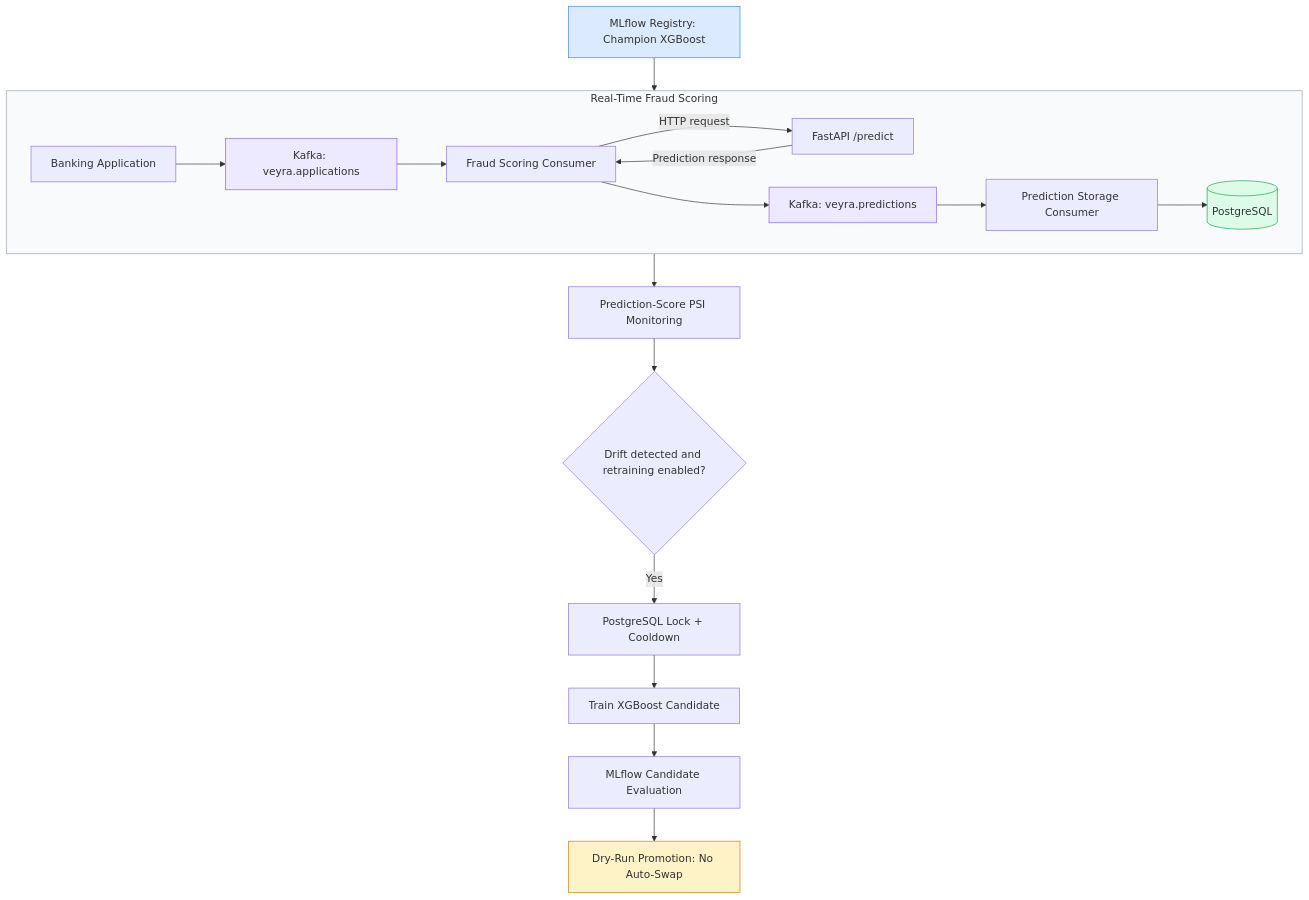
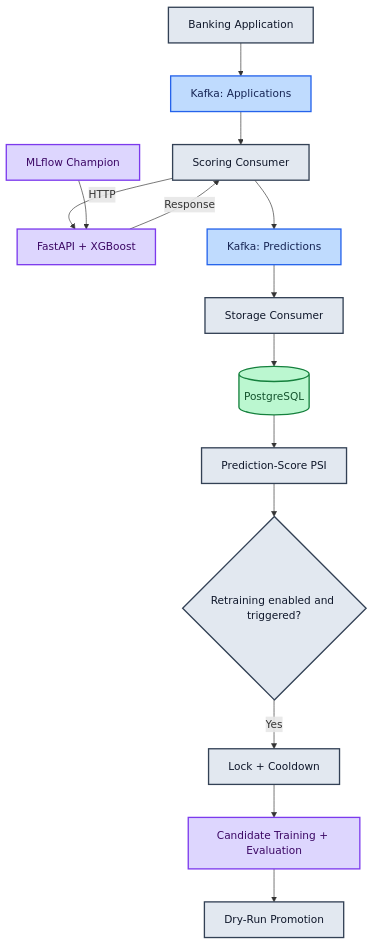
Before and after one commit to ananyagullapally/veyra: the diagram in README.md, drawn with Mermaid.

Commit message:
docs: correct architecture

````diff
--- a/README.md
+++ b/README.md
@@ -39,31 +39,28 @@
 ```mermaid
+flowchart TD
+    A["Banking Application"] --> B["Kafka: Applications"]
+    B --> C["Scoring Consumer"]
+    C -->|"HTTP"| D["FastAPI + XGBoost"]
+    D -->|"Response"| C
+    C --> E["Kafka: Predictions"]
+    E --> F["Storage Consumer"]
+    F --> G[("PostgreSQL")]
 
-flowchart TB
-    subgraph SCORING["Real-Time Fraud Scoring"]
-        direction LR
-        A["Banking Application"] --> B["Kafka: veyra.applications"]
-        B --> C["Fraud Scoring Consumer"]
-        C -->|"HTTP request"| D["FastAPI /predict"]
-        D -->|"Prediction response"| C
-        C --> E["Kafka: veyra.predictions"]
-        E --> F["Prediction Storage Consumer"]
-        F --> G[("PostgreSQL")]
-    end
+    M["MLflow Champion"] --> D
 
-    M["MLflow Registry: Champion XGBoost"] --> D
+    G --> H["Prediction-Score PSI"]
+    H --> I{"Retraining enabled and triggered?"}
+    I -->|"Yes"| J["Lock + Cooldown"]
+    J --> K["Candidate Training + Evaluation"]
+    K --> L["Dry-Run Promotion"]
 
-    G --> H["Prediction-Score PSI Monitoring"]
-    H --> I{"Drift detected and retraining enabled?"}
-    I -->|"Yes"| J["PostgreSQL Lock + Cooldown"]
-    J --> K["Train XGBoost Candidate"]
-    K --> L["MLflow Candidate Evaluation"]
-    L --> N["Dry-Run Promotion: No Auto-Swap"]
+    classDef default fill:#e2e8f0,stroke:#334155,color:#0f172a,stroke-width:2px
+    classDef kafka fill:#bfdbfe,stroke:#2563eb,color:#172554
+    classDef database fill:#bbf7d0,stroke:#15803d,color:#14532d
+    classDef ml fill:#ddd6fe,stroke:#7c3aed,color:#3b0764
 
-    style SCORING fill:#f8fafc,stroke:#94a3b8
-    style B fill:#ede9fe,stroke:#8b5cf6
-    style E fill:#ede9fe,stroke:#8b5cf6
-    style G fill:#dcfce7,stroke:#16a34a
-    style M fill:#dbeafe,stroke:#3b82f6
-    style N fill:#fef3c7,stroke:#d97706
+    class B,E kafka
+    class G database
+    class D,M,K ml
 
 ```
````
